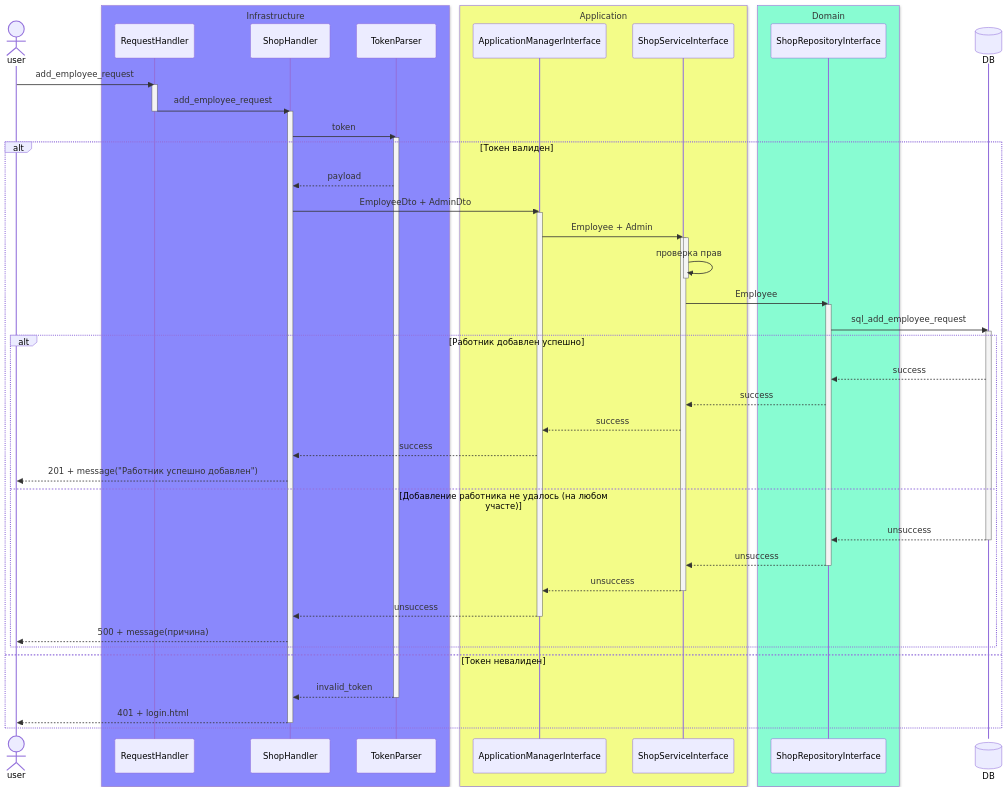
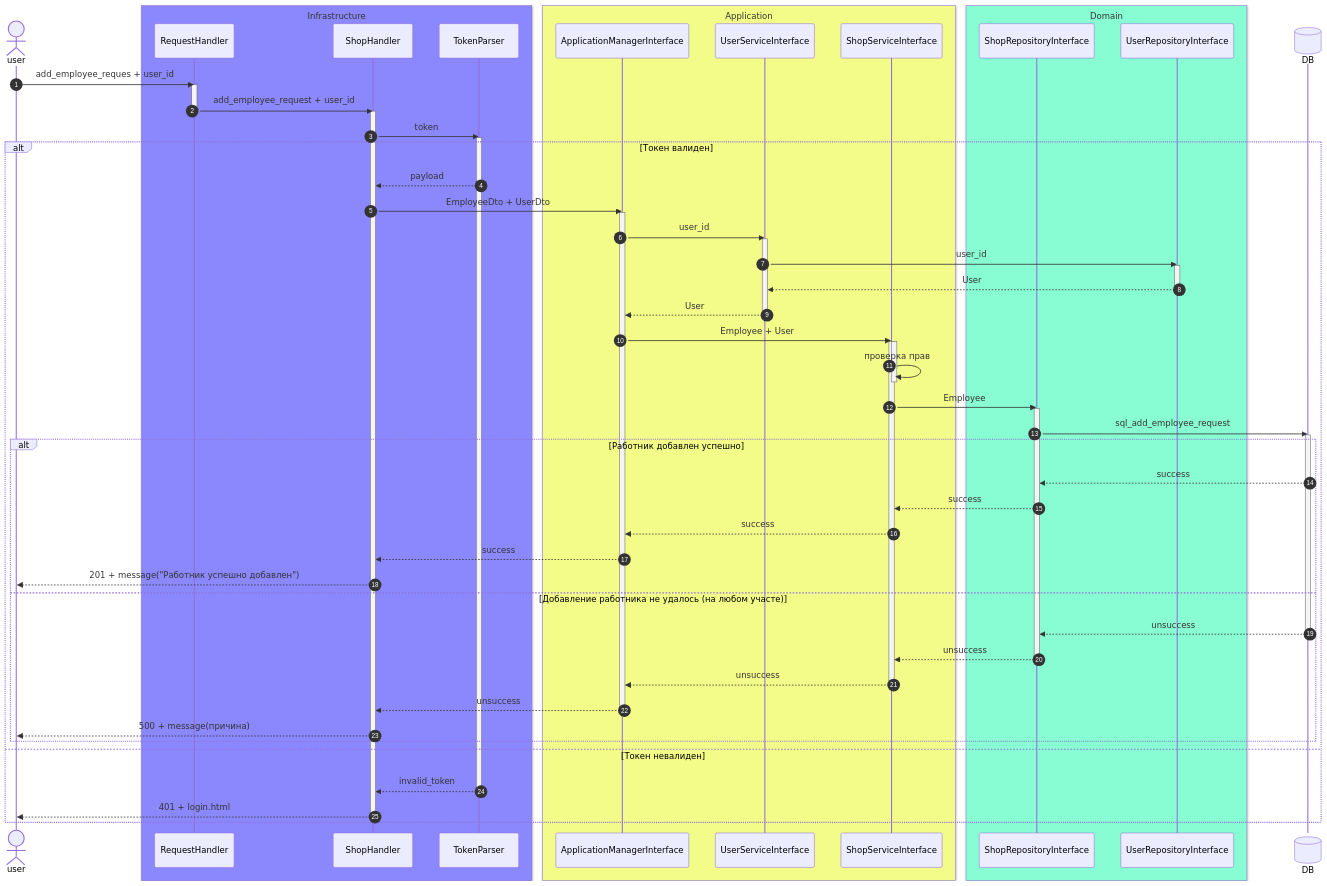
Diagram 13 of 13 in README.md (DRUsmanov/the_system_project), drawn with Mermaid before and after one commit. The commit also changed other lines of this file, not shown here.

```diff
--- a/README.md
+++ b/README.md
@@ -491,19 +492,23 @@
 
 box rgb(243, 252, 136) Application
 participant ApplicationManagerInterface
+participant UserServiceInterface
 participant ShopServiceInterface
 end
 
 box rgb(136, 252, 210) Domain
 participant ShopRepositoryInterface
+participant UserRepositoryInterface
 end
 
 actor DB@{"type" : "database"}
 
-user ->> RequestHandler: add_employee_request
+autonumber
+
+user ->> RequestHandler: add_employee_reques + user_id
 
 activate RequestHandler
-RequestHandler ->> ShopHandler: add_employee_request
+RequestHandler ->> ShopHandler: add_employee_request + user_id
 deactivate RequestHandler
 
 activate ShopHandler
@@ -513,10 +518,22 @@
 
 alt Токен валиден
 TokenParser -->> ShopHandler: payload
-ShopHandler ->> ApplicationManagerInterface: EmployeeDto + AdminDto
+ShopHandler ->> ApplicationManagerInterface: EmployeeDto + UserDto
 
 activate ApplicationManagerInterface
-ApplicationManagerInterface ->> ShopServiceInterface: Employee + Admin
+ApplicationManagerInterface ->> UserServiceInterface: user_id
+
+activate UserServiceInterface
+UserServiceInterface ->> UserRepositoryInterface: user_id
+
+activate UserRepositoryInterface
+UserRepositoryInterface -->> UserServiceInterface: User
+deactivate UserRepositoryInterface
+
+UserServiceInterface -->> ApplicationManagerInterface: User
+deactivate UserServiceInterface
+
+ApplicationManagerInterface ->> ShopServiceInterface: Employee + User
 
 activate ShopServiceInterface
 activate ShopServiceInterface
```
